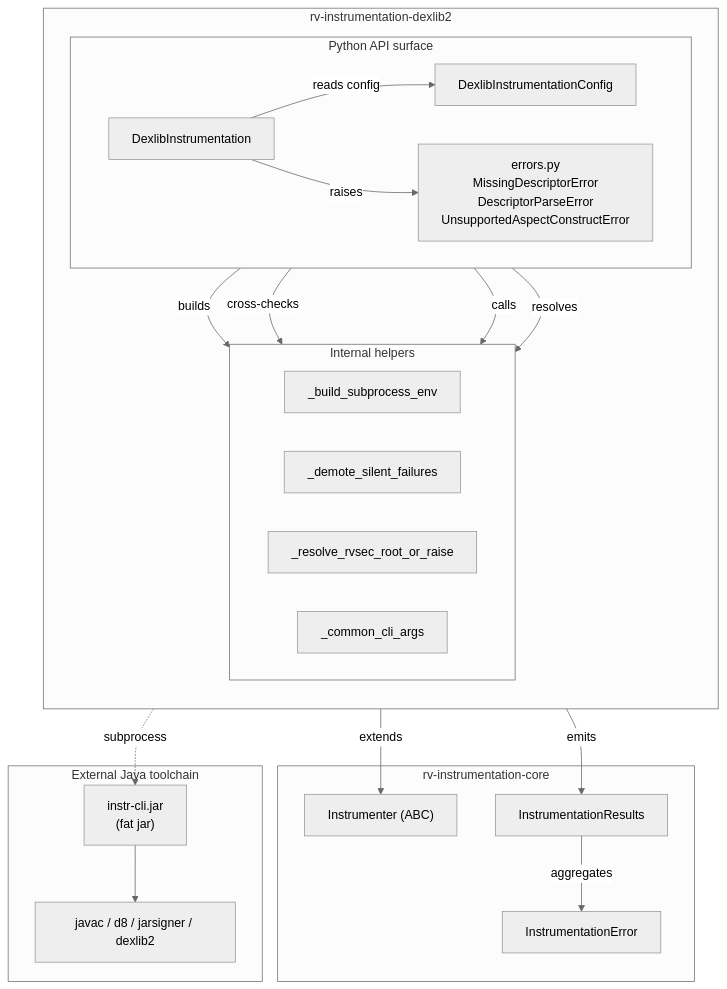
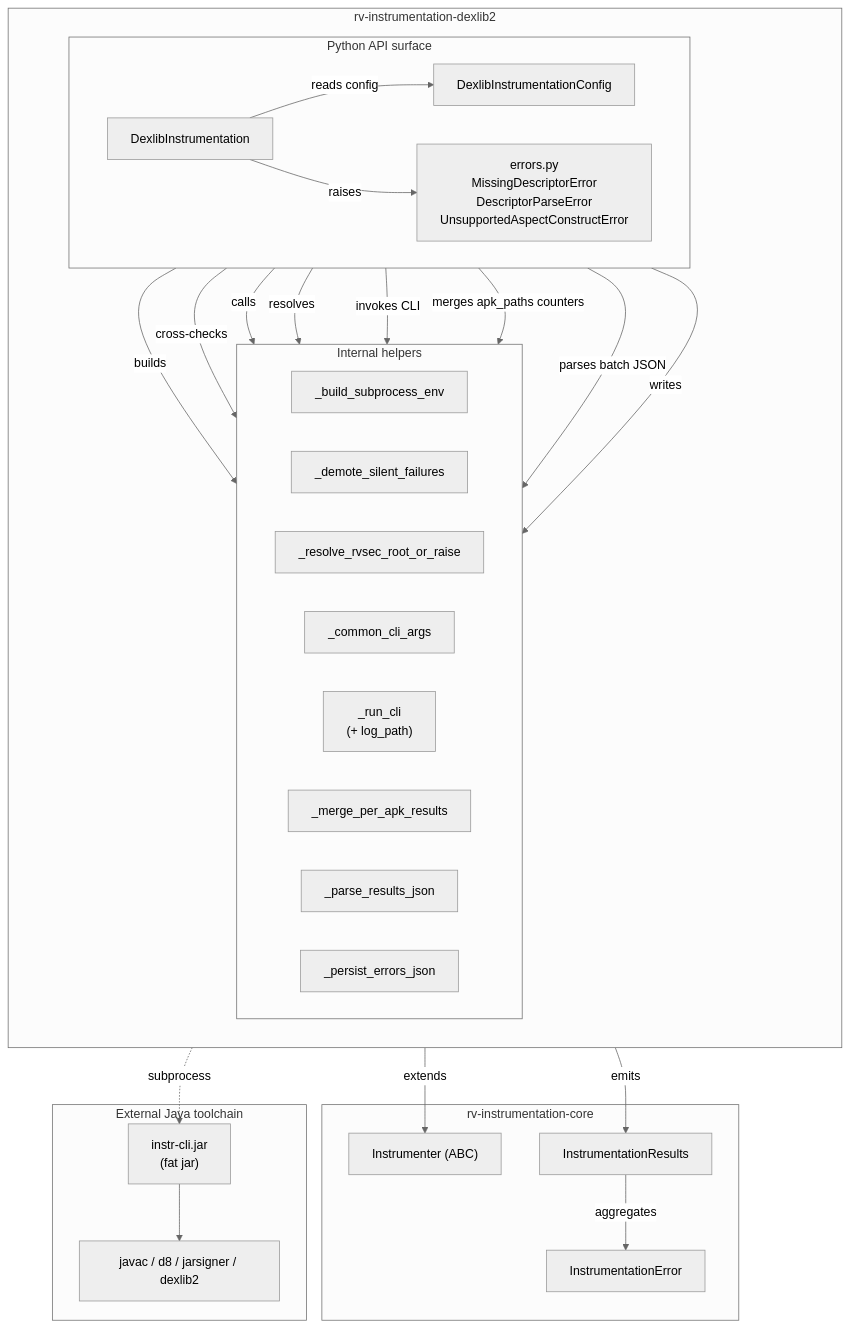
The first of 4 diagrams in rv-android/modules/rv-instrumentation-dexlib2/docs/architecture.md (PAMunb/rvsec), drawn with Mermaid before and after one commit. The commit also changed other lines of this file and 23 other files, not shown here.

````diff
--- a/rv-android/modules/rv-instrumentation-dexlib2/docs/architecture.md
+++ b/rv-android/modules/rv-instrumentation-dexlib2/docs/architecture.md
@@ -112,43 +116,51 @@
 ```mermaid
 %%{init: {'theme': 'neutral'}}%%
 flowchart TB
     subgraph Module["rv-instrumentation-dexlib2"]
         direction TB
         subgraph PyApi["Python API surface"]
             direction LR
             DInstr["DexlibInstrumentation"]
             DCfg["DexlibInstrumentationConfig"]
             DErr["errors.py<br/>MissingDescriptorError<br/>DescriptorParseError<br/>UnsupportedAspectConstructError"]
         end
         subgraph PyInternal["Internal helpers"]
             direction LR
             BuildEnv["_build_subprocess_env"]
             DemoteSF["_demote_silent_failures"]
             ResolveRoot["_resolve_rvsec_root_or_raise"]
             CommonCli["_common_cli_args"]
+            RunCli["_run_cli<br/>(+ log_path)"]
+            MergeRes["_merge_per_apk_results"]
+            ParseRes["_parse_results_json"]
+            PersistErr["_persist_errors_json"]
         end
     end
 
     subgraph Core["rv-instrumentation-core"]
         ABC["Instrumenter (ABC)"]
         Results["InstrumentationResults"]
         ErrModel["InstrumentationError"]
     end
 
     subgraph External["External Java toolchain"]
         Jar["instr-cli.jar<br/>(fat jar)"]
         JavaTools["javac / d8 / jarsigner / dexlib2"]
     end
 
     DInstr -->|extends| ABC
     DInstr -->|reads config| DCfg
     DInstr -->|raises| DErr
     DInstr -->|builds| BuildEnv
     DInstr -->|cross-checks| DemoteSF
     DInstr -->|calls| CommonCli
     DInstr -->|resolves| ResolveRoot
+    DInstr -->|invokes CLI| RunCli
+    DInstr -->|merges apk_paths counters| MergeRes
+    DInstr -->|parses batch JSON| ParseRes
+    DInstr -->|writes| PersistErr
     DInstr -->|emits| Results
     Results -->|aggregates| ErrModel
-    DInstr -.->|subprocess| Jar
+    RunCli -.->|subprocess| Jar
     Jar --> JavaTools
 ```
````
